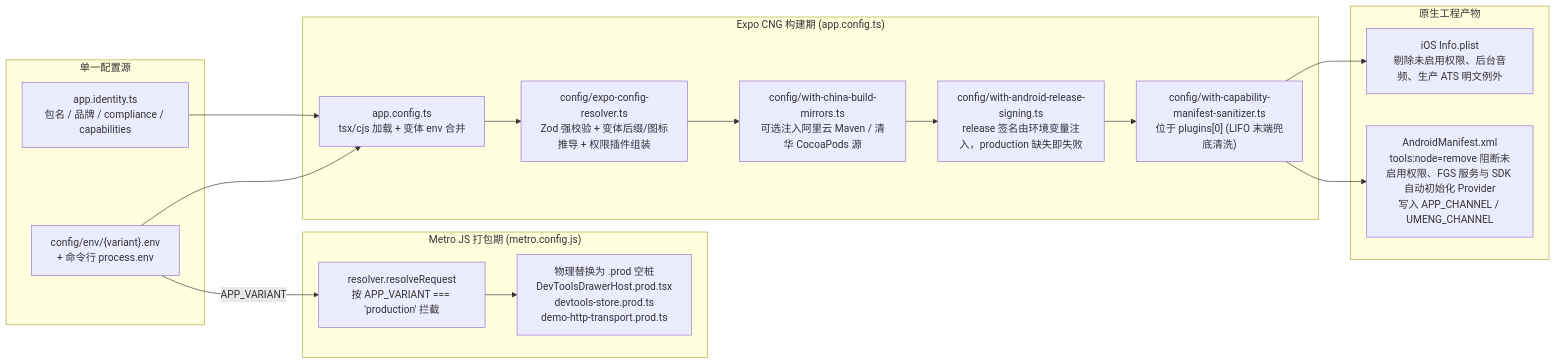
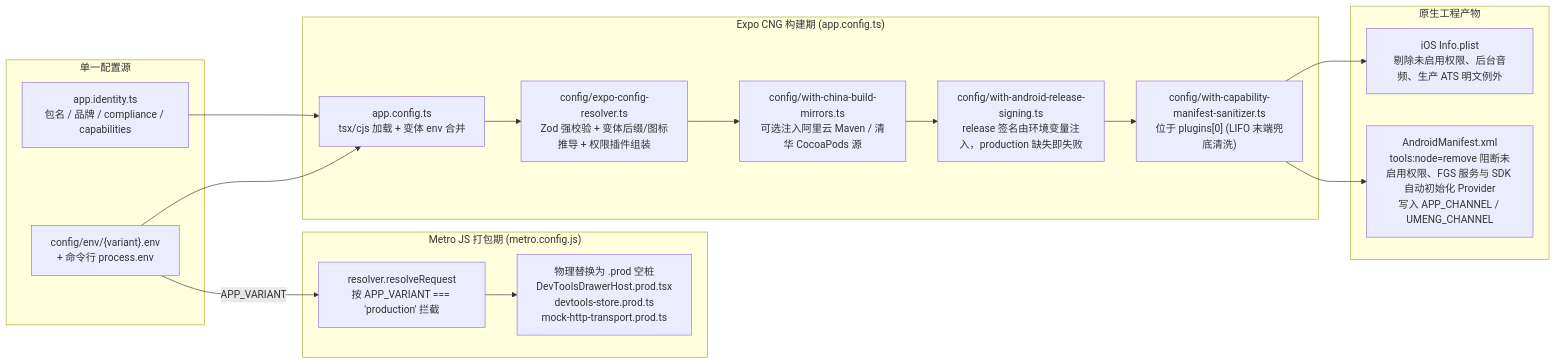
One commit to caixingorg/reactnative-zero changed the third of 3 diagrams in docs/ARCHITECTURE.md. Above: the diagram before and after it, drawn with Mermaid. The commit also changed other lines of this file and 35 other files, not shown here.

````diff
--- a/docs/ARCHITECTURE.md
+++ b/docs/ARCHITECTURE.md
@@ -141,32 +141,32 @@
 ```mermaid
 flowchart LR
   subgraph Sources["单一配置源"]
     Id["app.identity.ts<br/>包名 / 品牌 / compliance / capabilities"]
     Env["config/env/{variant}.env<br/>+ 命令行 process.env"]
   end
 
   subgraph ExpoBuild["Expo CNG 构建期 (app.config.ts)"]
     Loader["app.config.ts<br/>tsx/cjs 加载 + 变体 env 合并"]
     Resolver["config/expo-config-resolver.ts<br/>Zod 强校验 + 变体后缀/图标推导 + 权限插件组装"]
     Mirrors["config/with-china-build-mirrors.ts<br/>可选注入阿里云 Maven / 清华 CocoaPods 源"]
     Signing["config/with-android-release-signing.ts<br/>release 签名由环境变量注入，production 缺失即失败"]
     Sanitizer["config/with-capability-manifest-sanitizer.ts<br/>位于 plugins[0] (LIFO 末端兜底清洗)"]
   end
 
   subgraph NativeOut["原生工程产物"]
     Plist["iOS Info.plist<br/>剔除未启用权限、后台音频、生产 ATS 明文例外"]
     Manifest["AndroidManifest.xml<br/>tools:node=remove 阻断未启用权限、FGS 服务与 SDK 自动初始化 Provider<br/>写入 APP_CHANNEL / UMENG_CHANNEL"]
   end
 
   subgraph MetroBundle["Metro JS 打包期 (metro.config.js)"]
     Metro["resolver.resolveRequest<br/>按 APP_VARIANT === 'production' 拦截"]
-    ProdStubs["物理替换为 .prod 空桩<br/>DevToolsDrawerHost.prod.tsx<br/>devtools-store.prod.ts<br/>demo-http-transport.prod.ts"]
+    ProdStubs["物理替换为 .prod 空桩<br/>DevToolsDrawerHost.prod.tsx<br/>devtools-store.prod.ts<br/>mock-http-transport.prod.ts"]
   end
 
   Id --> Loader
   Env --> Loader
   Loader --> Resolver
   Resolver --> Mirrors --> Signing --> Sanitizer
   Sanitizer --> Plist & Manifest
   Env -->|"APP_VARIANT"| Metro --> ProdStubs
 ```
````
